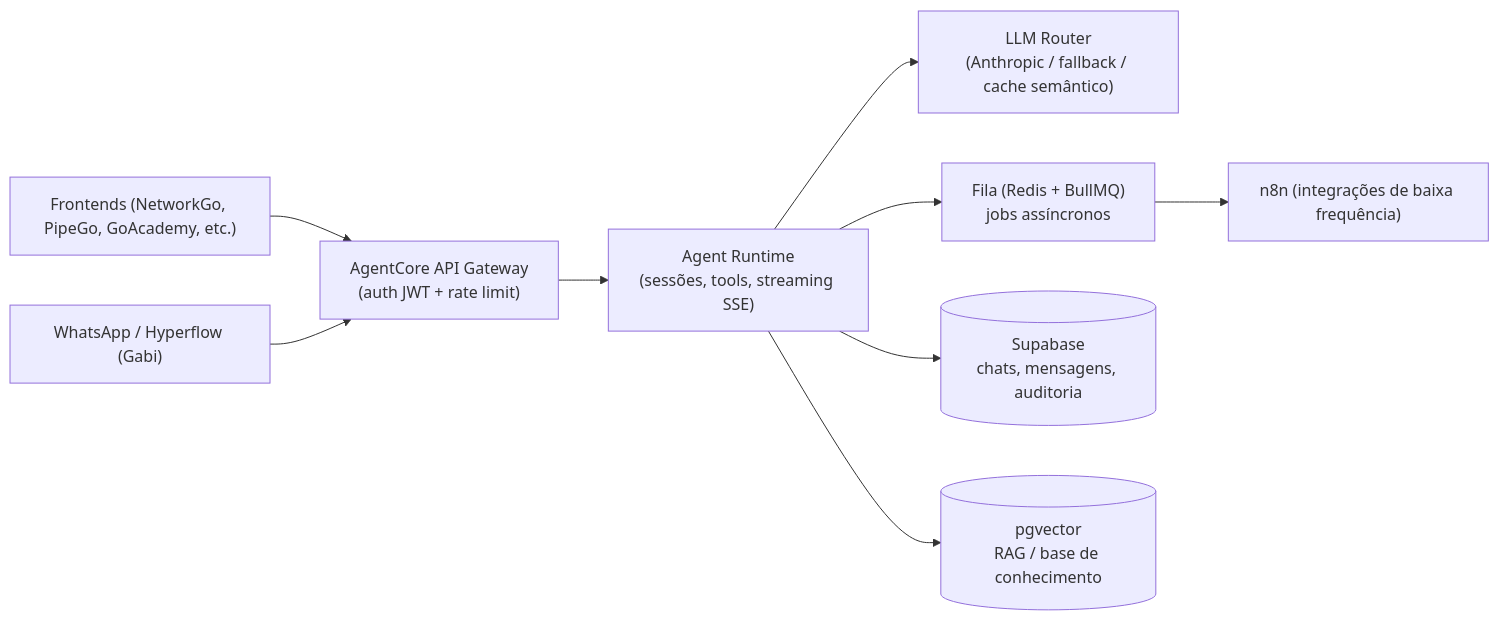
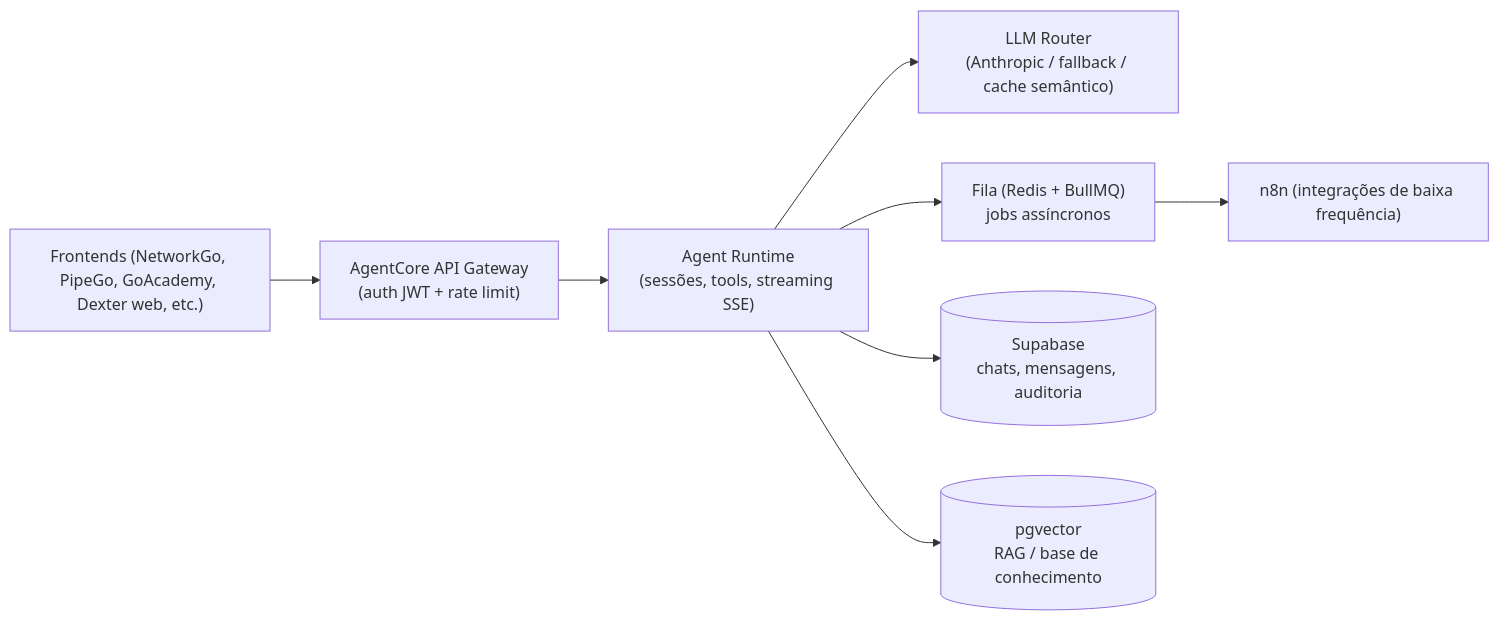
One commit to goworksistemas/dexter changed the diagram in AGENTCORE_SPEC.md. Above: the diagram before and after it, drawn with Mermaid. The commit also changed other lines of this file and 7 other files, not shown here.

````diff
--- a/AGENTCORE_SPEC.md
+++ b/AGENTCORE_SPEC.md
@@ -41,11 +39,10 @@
 ```mermaid
 flowchart LR
-  FE["Frontends (NetworkGo, PipeGo, GoAcademy, etc.)"] --> GW["AgentCore API Gateway\n(auth JWT + rate limit)"]
-  WA["WhatsApp / Hyperflow (Gabi)"] --> GW
+  FE["Frontends (NetworkGo, PipeGo, GoAcademy, Dexter web, etc.)"] --> GW["AgentCore API Gateway\n(auth JWT + rate limit)"]
   GW --> RT["Agent Runtime\n(sessões, tools, streaming SSE)"]
   RT --> LLM["LLM Router\n(Anthropic / fallback / cache semântico)"]
   RT --> Q["Fila (Redis + BullMQ)\njobs assíncronos"]
   Q --> N8N["n8n (integrações de baixa frequência)"]
   RT --> DB[("Supabase\nchats, mensagens, auditoria")]
   RT --> VEC[("pgvector\nRAG / base de conhecimento")]
 ```
````
